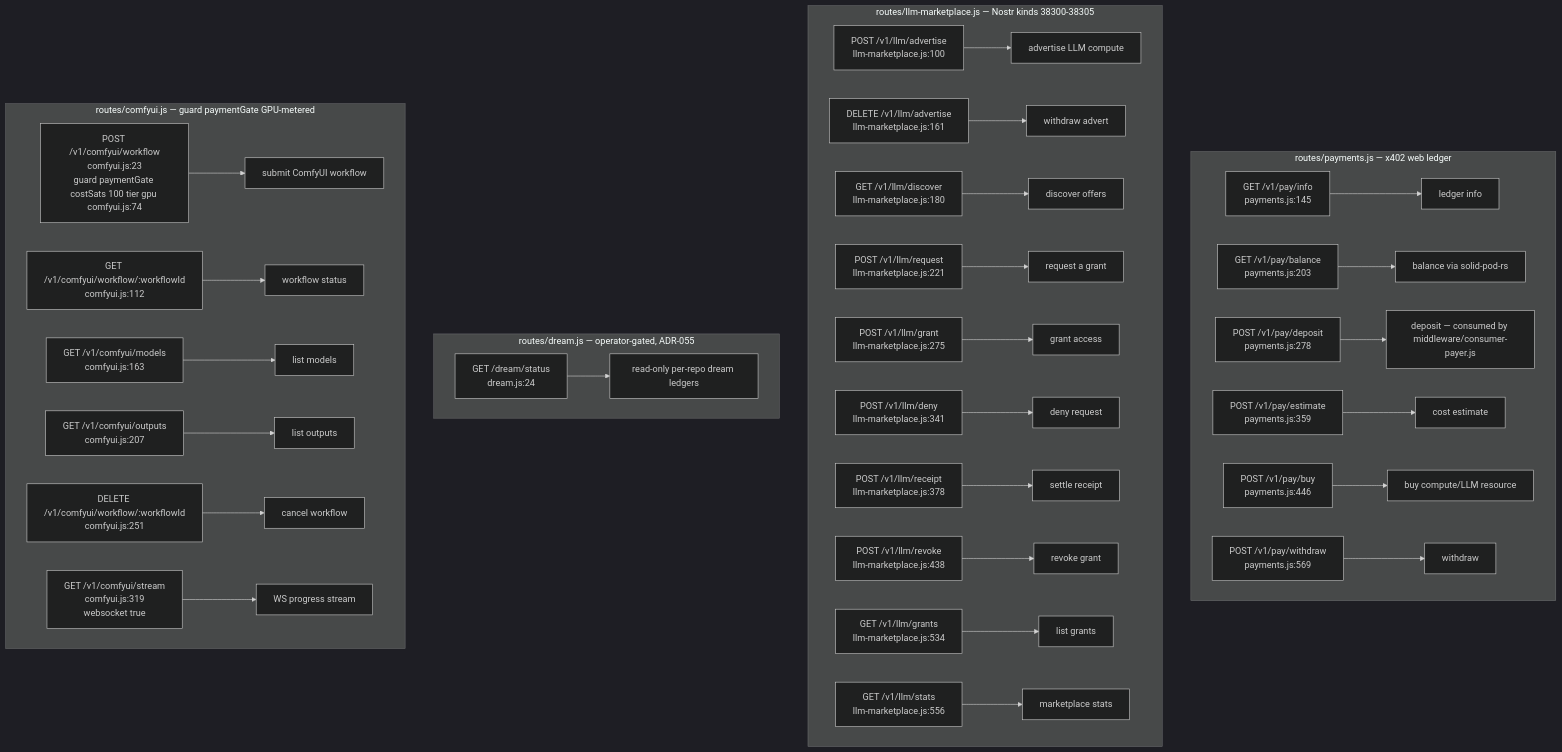
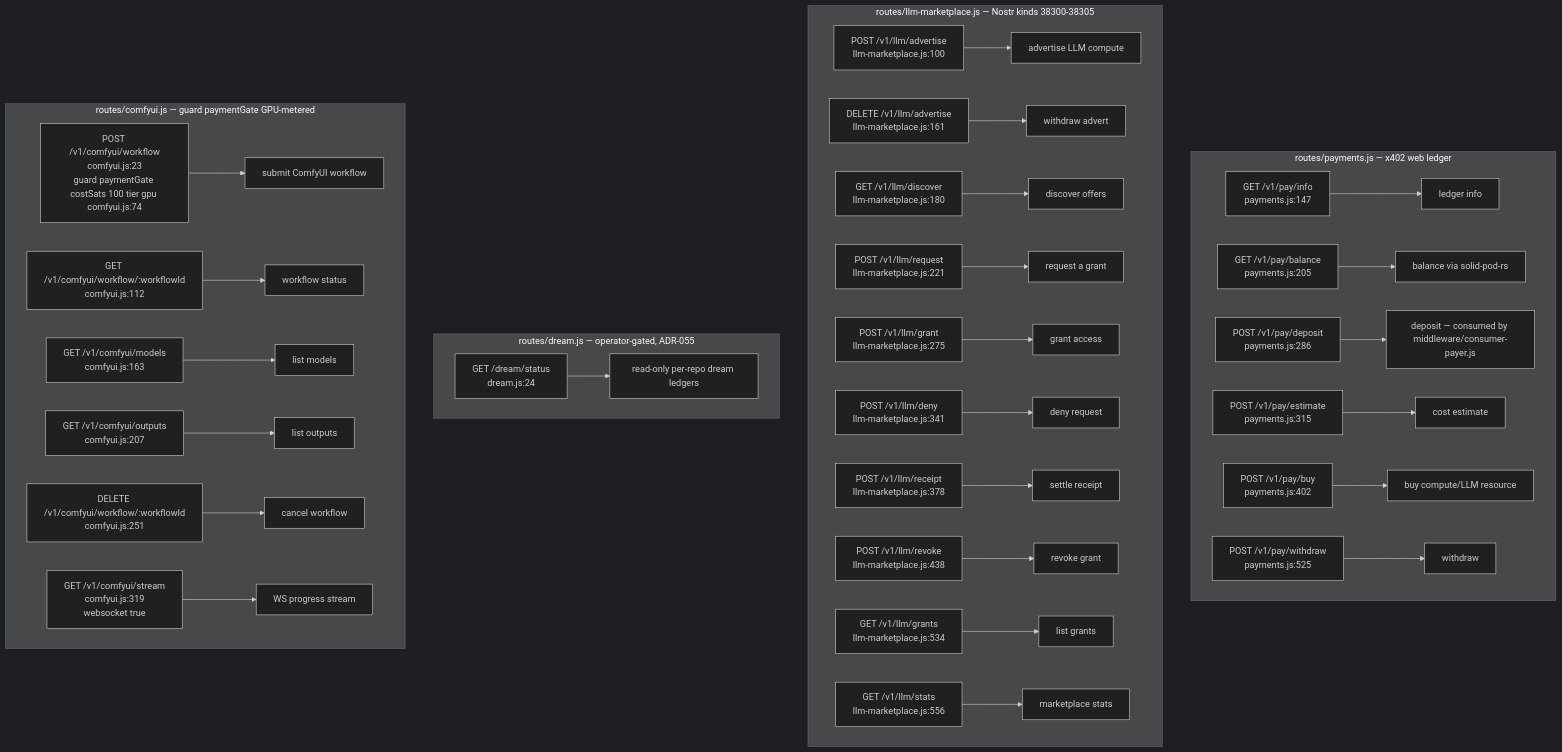
One commit to DreamLab-AI/VisionFlow changed the tenth of 17 diagrams in docs/diagrams/agentbox/03-management-api-request-lifecycle.md. Above: the diagram before and after it, drawn with Mermaid (dark theme). The commit also changed other lines of this file and 111 other files, not shown here.

Commit message:
docs(diagrams): align estate maps with current source

````diff
--- a/docs/diagrams/agentbox/03-management-api-request-lifecycle.md
+++ b/docs/diagrams/agentbox/03-management-api-request-lifecycle.md
@@ -388,34 +388,34 @@
 ```mermaid
 flowchart TD
     subgraph pay["routes/payments.js — x402 web ledger"]
-        PY1["GET /v1/pay/info<br/>payments.js:145"] --> PYH1["ledger info"]
-        PY2["GET /v1/pay/balance<br/>payments.js:203"] --> PYH2["balance via solid-pod-rs"]
-        PY3["POST /v1/pay/deposit<br/>payments.js:278"] --> PYH3["deposit — consumed by middleware/consumer-payer.js"]
-        PY4["POST /v1/pay/estimate<br/>payments.js:359"] --> PYH4["cost estimate"]
-        PY5["POST /v1/pay/buy<br/>payments.js:446"] --> PYH5["buy compute/LLM resource"]
-        PY6["POST /v1/pay/withdraw<br/>payments.js:569"] --> PYH6["withdraw"]
+        PY1["GET /v1/pay/info<br/>payments.js:147"] --> PYH1["ledger info"]
+        PY2["GET /v1/pay/balance<br/>payments.js:205"] --> PYH2["balance via solid-pod-rs"]
+        PY3["POST /v1/pay/deposit<br/>payments.js:286"] --> PYH3["deposit — consumed by middleware/consumer-payer.js"]
+        PY4["POST /v1/pay/estimate<br/>payments.js:315"] --> PYH4["cost estimate"]
+        PY5["POST /v1/pay/buy<br/>payments.js:402"] --> PYH5["buy compute/LLM resource"]
+        PY6["POST /v1/pay/withdraw<br/>payments.js:525"] --> PYH6["withdraw"]
     end
     subgraph llm["routes/llm-marketplace.js — Nostr kinds 38300-38305"]
         LM1["POST /v1/llm/advertise<br/>llm-marketplace.js:100"] --> LMH1["advertise LLM compute"]
         LM2["DELETE /v1/llm/advertise<br/>llm-marketplace.js:161"] --> LMH2["withdraw advert"]
         LM3["GET /v1/llm/discover<br/>llm-marketplace.js:180"] --> LMH3["discover offers"]
         LM4["POST /v1/llm/request<br/>llm-marketplace.js:221"] --> LMH4["request a grant"]
         LM5["POST /v1/llm/grant<br/>llm-marketplace.js:275"] --> LMH5["grant access"]
         LM6["POST /v1/llm/deny<br/>llm-marketplace.js:341"] --> LMH6["deny request"]
         LM7["POST /v1/llm/receipt<br/>llm-marketplace.js:378"] --> LMH7["settle receipt"]
         LM8["POST /v1/llm/revoke<br/>llm-marketplace.js:438"] --> LMH8["revoke grant"]
         LM9["GET /v1/llm/grants<br/>llm-marketplace.js:534"] --> LMH9["list grants"]
         LM10["GET /v1/llm/stats<br/>llm-marketplace.js:556"] --> LMH10["marketplace stats"]
     end
     subgraph dream["routes/dream.js — operator-gated, ADR-055"]
         DR1["GET /dream/status<br/>dream.js:24"] --> DRH1["read-only per-repo dream ledgers"]
     end
     subgraph comfy["routes/comfyui.js — guard paymentGate GPU-metered"]
         CF1["POST /v1/comfyui/workflow<br/>comfyui.js:23<br/>guard paymentGate costSats 100 tier gpu comfyui.js:74"] --> CFH1["submit ComfyUI workflow"]
         CF2["GET /v1/comfyui/workflow/:workflowId<br/>comfyui.js:112"] --> CFH2["workflow status"]
         CF3["GET /v1/comfyui/models<br/>comfyui.js:163"] --> CFH3["list models"]
         CF4["GET /v1/comfyui/outputs<br/>comfyui.js:207"] --> CFH4["list outputs"]
         CF5["DELETE /v1/comfyui/workflow/:workflowId<br/>comfyui.js:251"] --> CFH5["cancel workflow"]
         CF6["GET /v1/comfyui/stream<br/>comfyui.js:319<br/>websocket true"] --> CFH6["WS progress stream"]
     end
 ```
````
